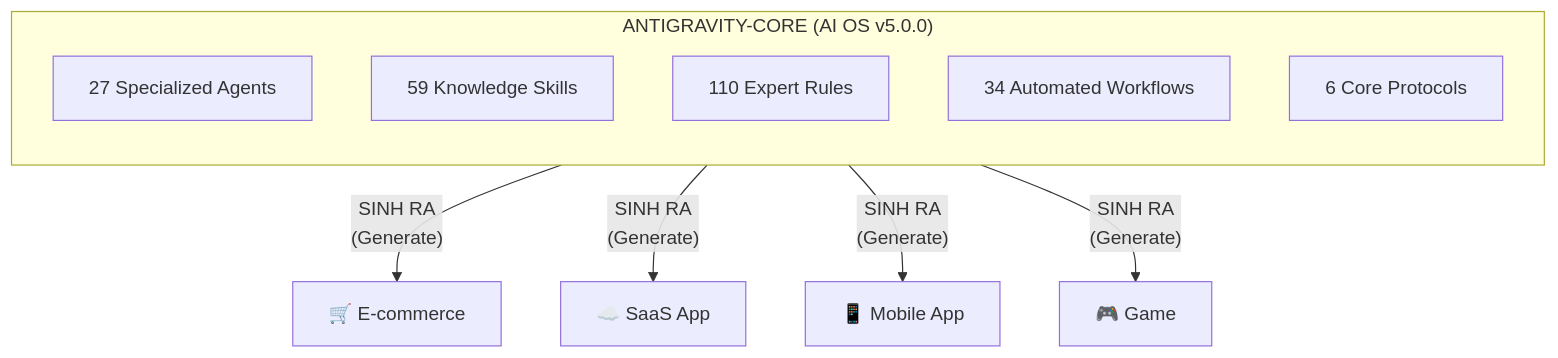
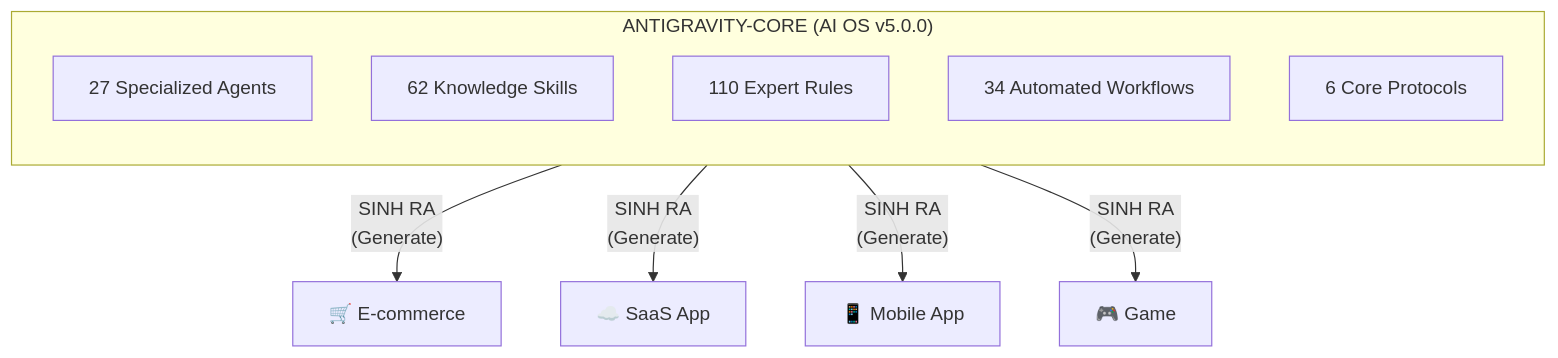
The first of 2 diagrams in README.md (tuyenht/Antigravity-Core), drawn with Mermaid before and after one commit. The commit also changed other lines of this file, not shown here.

First line of the commit message:
fix: sync README.md skills count 59→62 (8 locations)

````diff
--- a/README.md
+++ b/README.md
@@ -21,16 +21,16 @@
 ```mermaid
 graph TB
     subgraph OS["ANTIGRAVITY-CORE (AI OS v5.0.0)"]
         direction TB
         A["27 Specialized Agents"]
-        B["59 Knowledge Skills"]
+        B["62 Knowledge Skills"]
         C["110 Expert Rules"]
         D["34 Automated Workflows"]
         E["6 Core Protocols"]
     end
 
     OS -->|"SINH RA<br/>(Generate)"| P1["🛒 E-commerce"]
     OS -->|"SINH RA<br/>(Generate)"| P2["☁️ SaaS App"]
     OS -->|"SINH RA<br/>(Generate)"| P3["📱 Mobile App"]
     OS -->|"SINH RA<br/>(Generate)"| P4["🎮 Game"]
 ```
````
